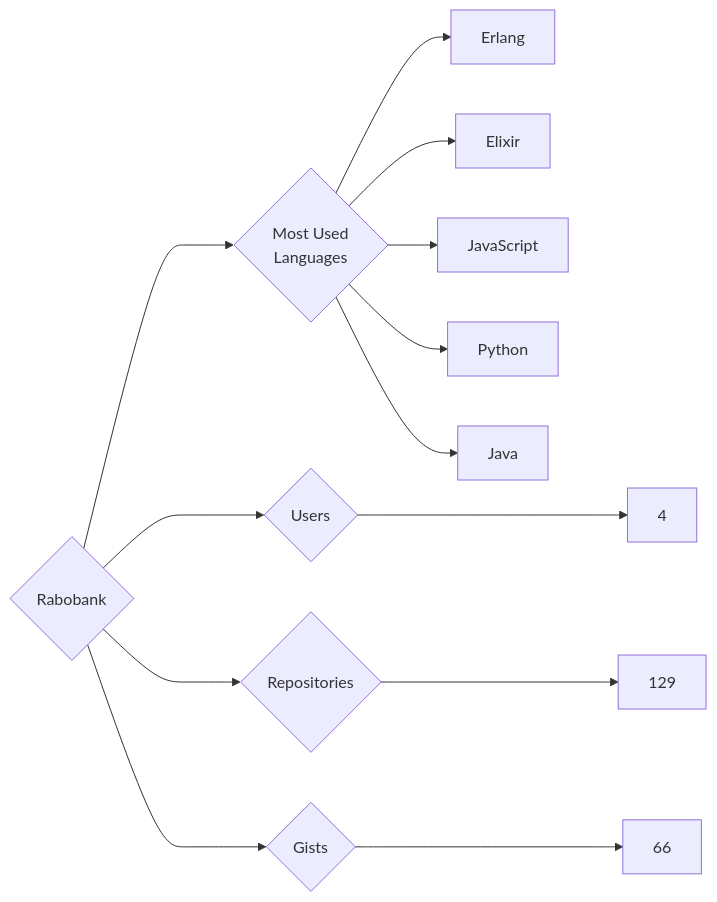
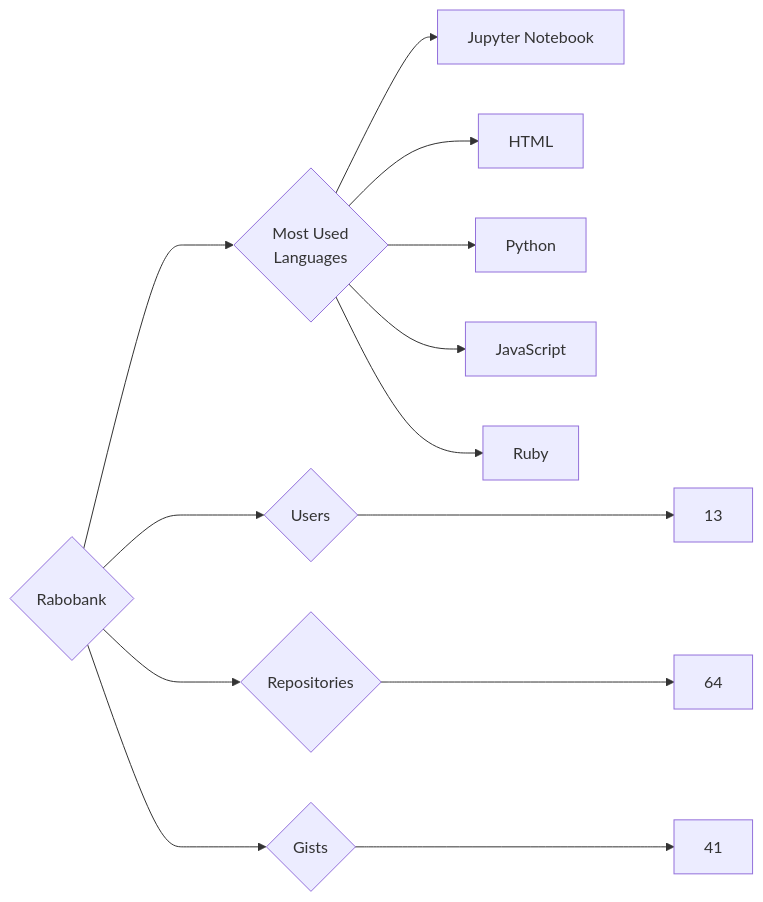
Before and after one commit to trickest/insiders: the diagram in targets/Rabobank/README.md, drawn with Mermaid. The commit also changed 833 other files, not shown here.

````diff
--- a/targets/Rabobank/README.md
+++ b/targets/Rabobank/README.md
@@ -3,13 +3,13 @@
 ```mermaid
 graph LR
 COMPANY_NAME{Rabobank}
-COMPANY_NAME ---> U{Users} ---> UN[4]
-COMPANY_NAME ---> R{Repositories} ---> RN[129]
-COMPANY_NAME ---> G{Gists} ---> GN[66]
+COMPANY_NAME ---> U{Users} ---> UN[13]
+COMPANY_NAME ---> R{Repositories} ---> RN[64]
+COMPANY_NAME ---> G{Gists} ---> GN[41]
 COMPANY_NAME ---> ML{Most Used<br>Languages}
-ML --> Erlang[Erlang]
-ML --> Elixir[Elixir]
+ML --> Jupyter_Notebook[Jupyter Notebook]
+ML --> HTML[HTML]
+ML --> Python[Python]
 ML --> JavaScript[JavaScript]
-ML --> Python[Python]
-ML --> Java[Java]
+ML --> Ruby[Ruby]
 ```
````
